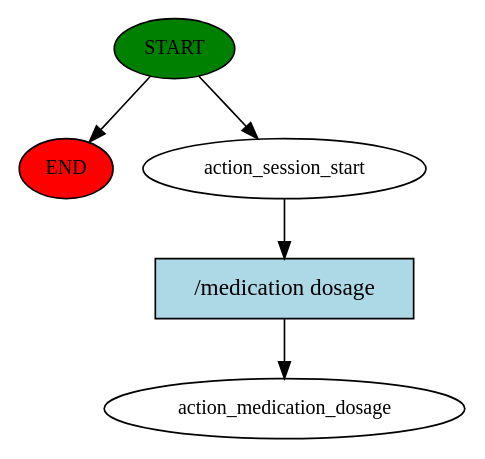
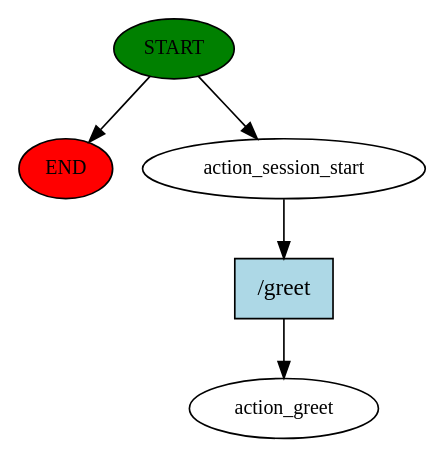
One commit to icodifytechnology/pillaxia-ai changed the diagram in story_graph.dot. Above: the diagram before and after it, drawn with Graphviz. The commit also changed 7 other files, not shown here.

```diff
--- a/story_graph.dot
+++ b/story_graph.dot
@@ -1,11 +1,11 @@
 digraph  {
 0 [class="start active", fillcolor=green, fontsize=12, label=START, style=filled];
 "-1" [class=end, fillcolor=red, fontsize=12, label=END, style=filled];
 1 [class=active, fontsize=12, label=action_session_start];
-2 [class="dashed active", fontsize=12, label=action_medication_dosage];
-3 [class="intent active", fillcolor=lightblue, label="/medication dosage", shape=rect, style=filled];
+2 [class="dashed active", fontsize=12, label=action_greet];
+3 [class="intent active", fillcolor=lightblue, label="/greet", shape=rect, style=filled];
 0 -> "-1"  [class="", key=NONE, label=""];
 0 -> 1  [class=active, key=NONE, label=""];
 1 -> 3  [class=active, key=0];
 3 -> 2  [class=active, key=0];
 }
```
